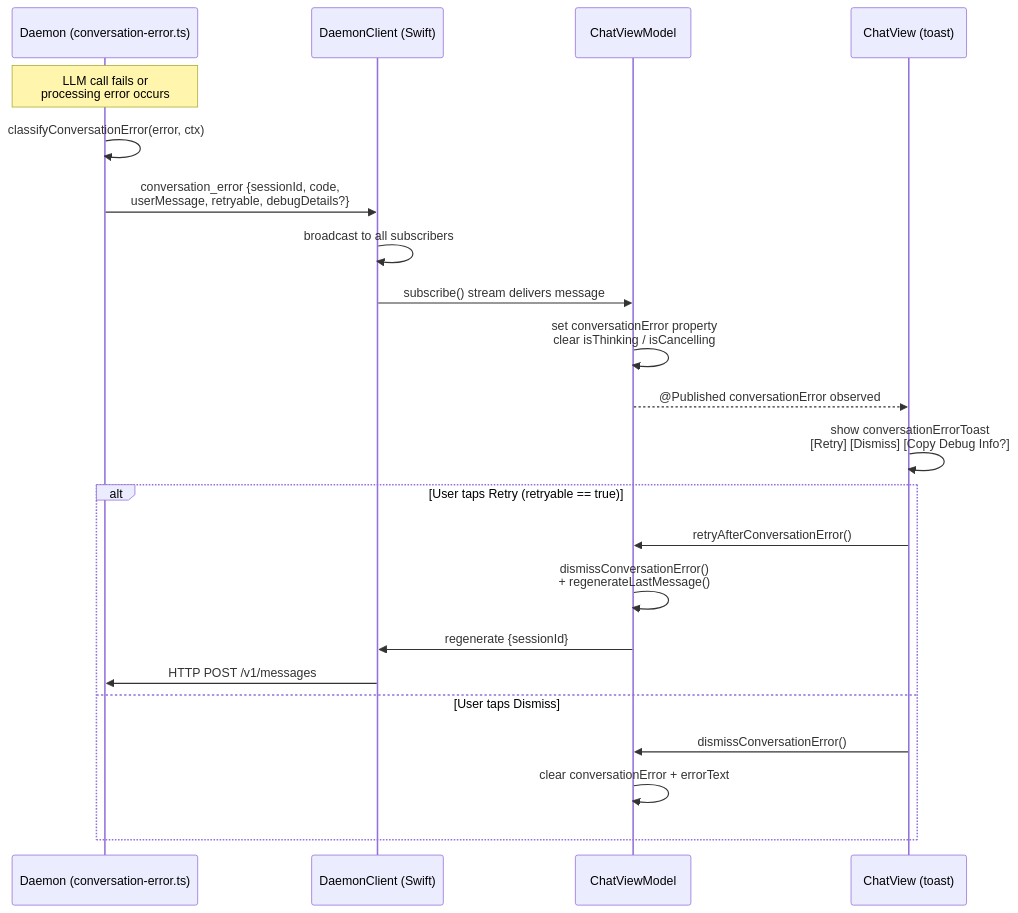
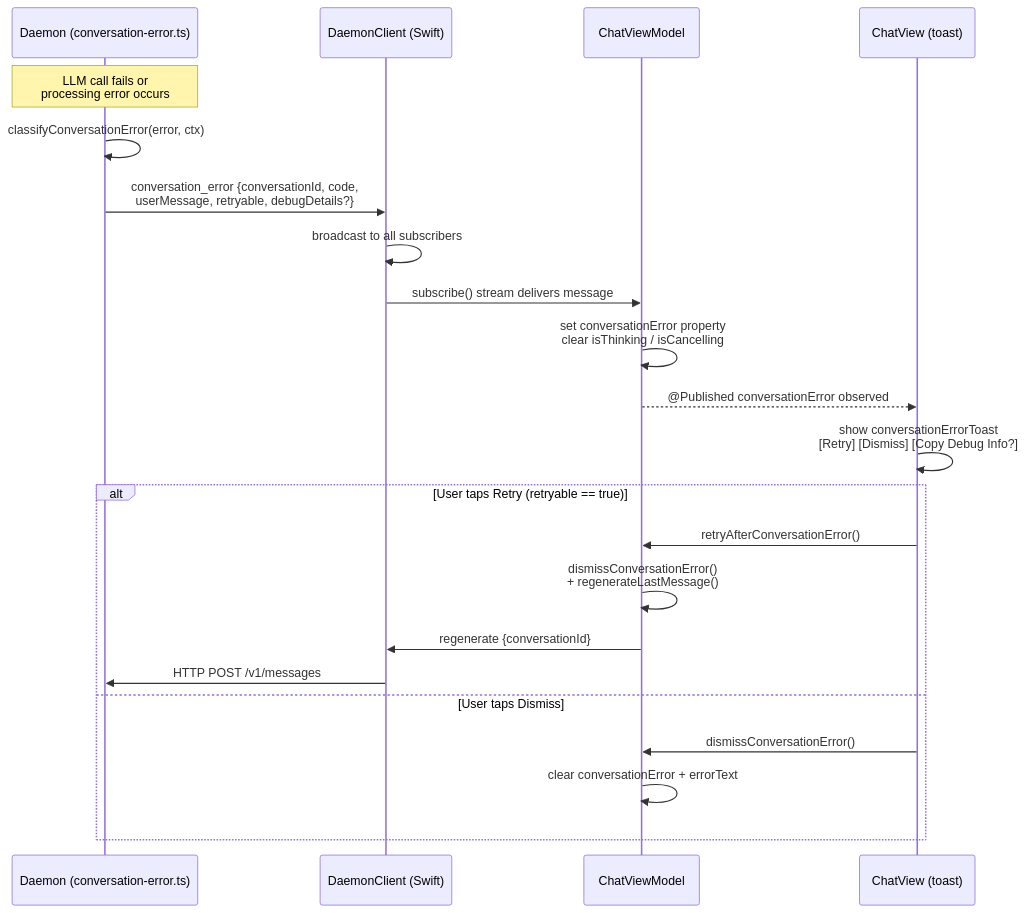
One commit to vellum-ai/vellum-assistant changed the third of 17 diagrams in assistant/ARCHITECTURE.md. Above: the diagram before and after it, drawn with Mermaid. The commit also changed other lines of this file, not shown here.

Commit message:
fix: complete session->conversation terminology migration in ARCHITECTURE.md diagrams

````diff
--- a/assistant/ARCHITECTURE.md
+++ b/assistant/ARCHITECTURE.md
@@ -820,27 +820,27 @@
 ```mermaid
 sequenceDiagram
     participant Daemon as Daemon (conversation-error.ts)
     participant DC as DaemonClient (Swift)
     participant VM as ChatViewModel
     participant UI as ChatView (toast)
 
     Note over Daemon: LLM call fails or<br/>processing error occurs
     Daemon->>Daemon: classifyConversationError(error, ctx)
-    Daemon->>DC: conversation_error {sessionId, code,<br/>userMessage, retryable, debugDetails?}
+    Daemon->>DC: conversation_error {conversationId, code,<br/>userMessage, retryable, debugDetails?}
     DC->>DC: broadcast to all subscribers
     DC->>VM: subscribe() stream delivers message
     VM->>VM: set conversationError property<br/>clear isThinking / isCancelling
     VM-->>UI: @Published conversationError observed
 
     UI->>UI: show conversationErrorToast<br/>[Retry] [Dismiss] [Copy Debug Info?]
 
     alt User taps Retry (retryable == true)
         UI->>VM: retryAfterConversationError()
         VM->>VM: dismissConversationError()<br/>+ regenerateLastMessage()
-        VM->>DC: regenerate {sessionId}
+        VM->>DC: regenerate {conversationId}
         DC->>Daemon: HTTP POST /v1/messages
     else User taps Dismiss
         UI->>VM: dismissConversationError()
         VM->>VM: clear conversationError + errorText
     end
 ```
````
